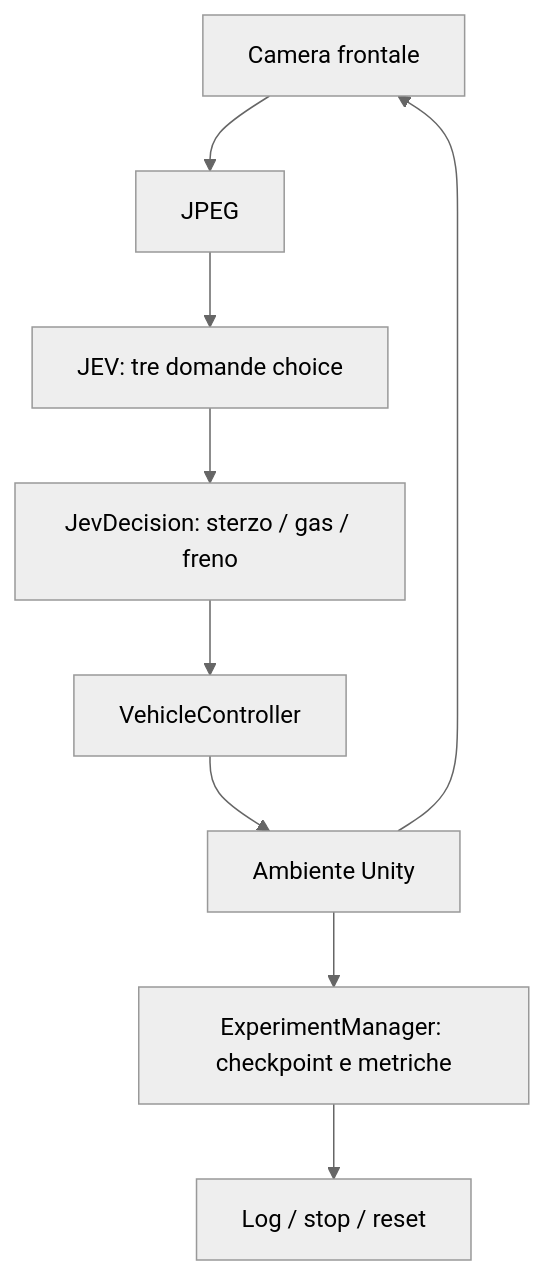
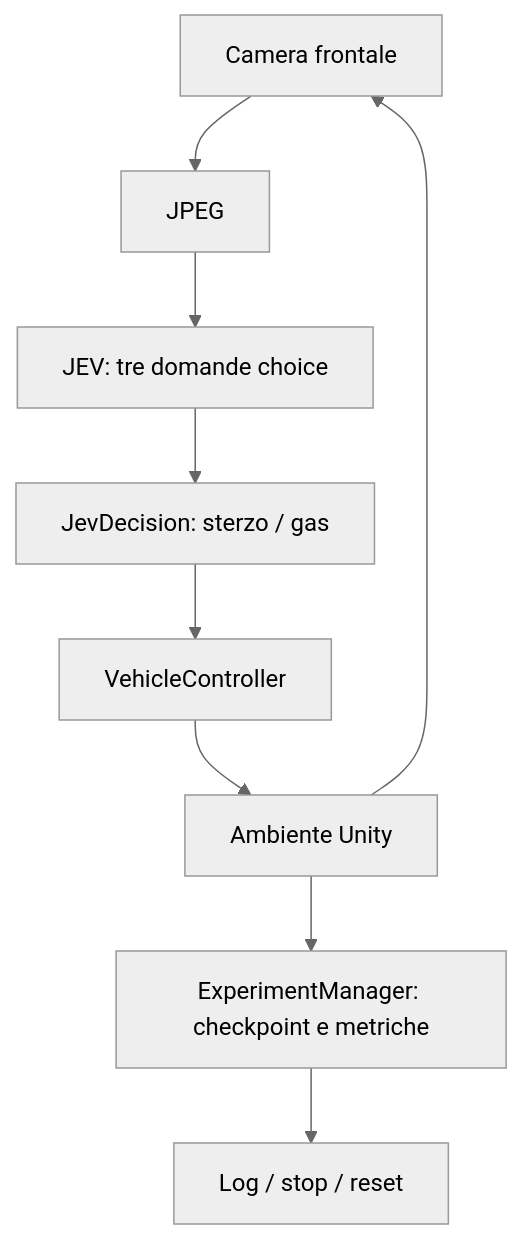
Before and after one commit to palermoalfio94/JevVision: the diagram in My project/README.md, drawn with Mermaid (neutral theme). The commit also changed other lines of this file and 14 other files, not shown here.

````diff
--- a/My project/README.md
+++ b/My project/README.md
@@ -79,11 +80,11 @@
 ```mermaid
 flowchart TD
     A[Camera frontale] --> B[JPEG]
     B --> C[JEV: tre domande choice]
-    C --> D[JevDecision: sterzo / gas / freno]
+    C --> D[JevDecision: sterzo / gas]
     D --> E[VehicleController]
     E --> F[Ambiente Unity]
     F --> A
     F --> G[ExperimentManager: checkpoint e metriche]
     G --> H[Log / stop / reset]
 ```
````
